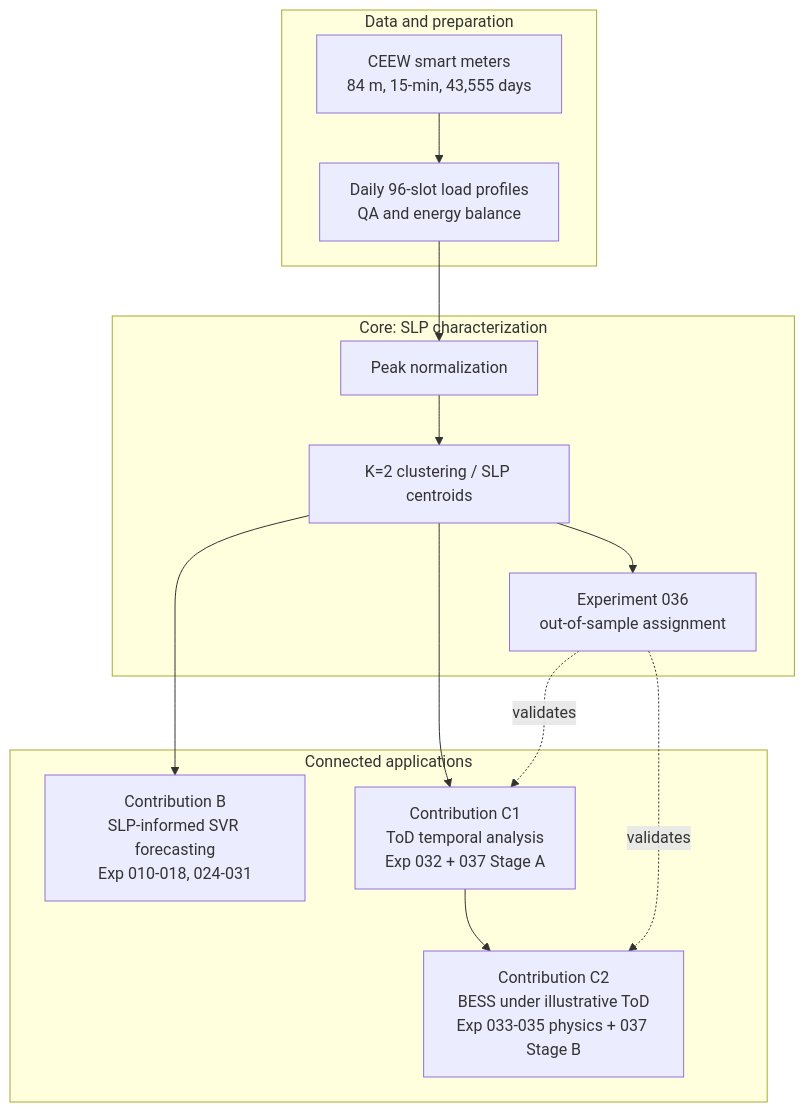
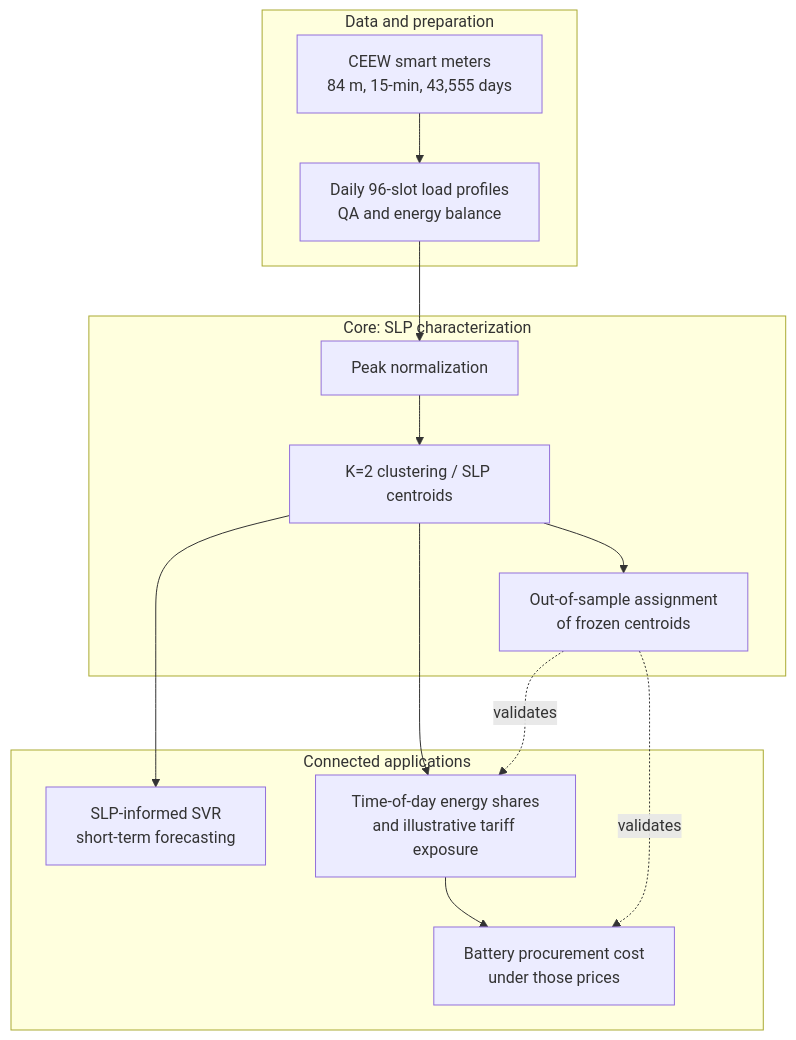
The diagram in final_submission/07_slp_research_framework.md (mrinalgaur2005/majoutr-proj), drawn with Mermaid before and after one commit. The commit also changed other lines of this file and 7 other files, not shown here.

````diff
--- a/final_submission/07_slp_research_framework.md
+++ b/final_submission/07_slp_research_framework.md
@@ -5,26 +5,26 @@
 ```mermaid
 flowchart TB
   subgraph inputs [Data and preparation]
     SM[CEEW smart meters<br/>84 m, 15-min, 43,555 days]
     DP[Daily 96-slot load profiles<br/>QA and energy balance]
   end
 
   subgraph core [Core: SLP characterization]
     PN[Peak normalization]
     CL[K=2 clustering / SLP centroids]
-    OS[Experiment 036<br/>out-of-sample assignment]
+    OS[Out-of-sample assignment<br/>of frozen centroids]
   end
 
   subgraph apps [Connected applications]
-    FC[Contribution B<br/>SLP-informed SVR forecasting<br/>Exp 010-018, 024-031]
-    TD[Contribution C1<br/>ToD temporal analysis<br/>Exp 032 + 037 Stage A]
-    BE[Contribution C2<br/>BESS under illustrative ToD<br/>Exp 033-035 physics + 037 Stage B]
+    FC[SLP-informed SVR<br/>short-term forecasting]
+    TD[Time-of-day energy shares<br/>and illustrative tariff exposure]
+    BE[Battery procurement cost<br/>under those prices]
   end
 
   SM --> DP --> PN --> CL --> OS
   CL --> FC
   CL --> TD
   TD --> BE
   OS -. validates .-> TD
   OS -. validates .-> BE
 ```
````
